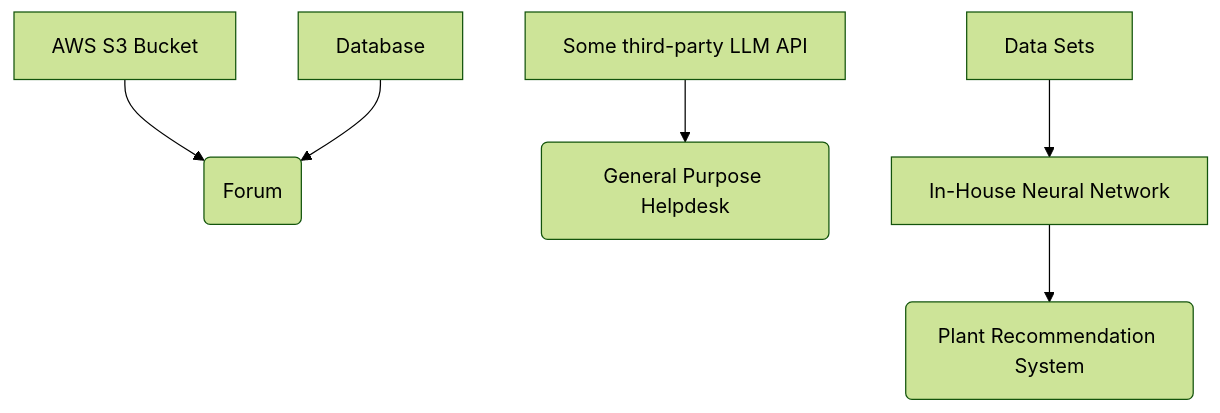
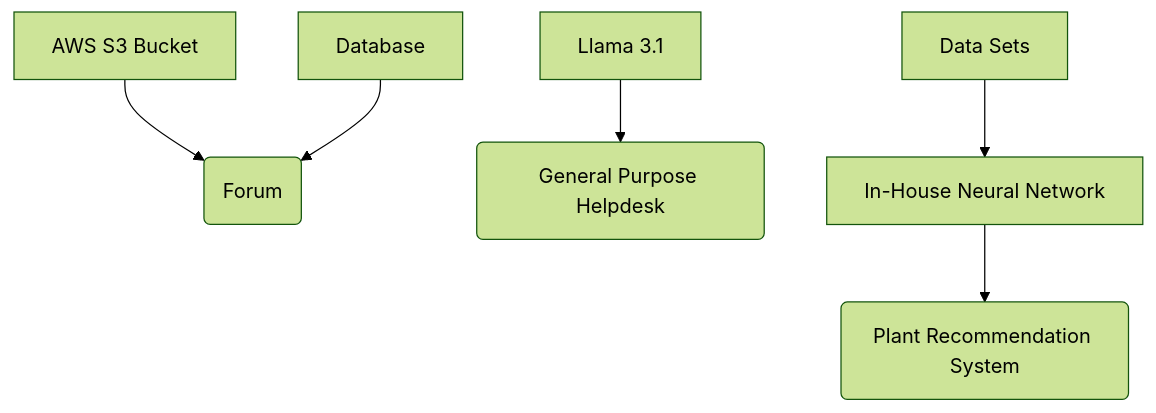
The first of 3 diagrams in README.md (FegelSamuel/Agora-Bloom), drawn with Mermaid (forest theme) before and after one commit.

````diff
--- a/README.md
+++ b/README.md
@@ -4,9 +4,9 @@
 ```mermaid
 flowchart TD;
   F(Forum)
-  O[Some third-party LLM API] --> H(General Purpose Helpdesk)
+  O[Llama 3.1] --> H(General Purpose Helpdesk)
   A[AWS S3 Bucket] --> F
   D[Database] --> F
   N[In-House Neural Network] --> R(Plant Recommendation System)
   S[Data Sets] --> N
 ```
````
